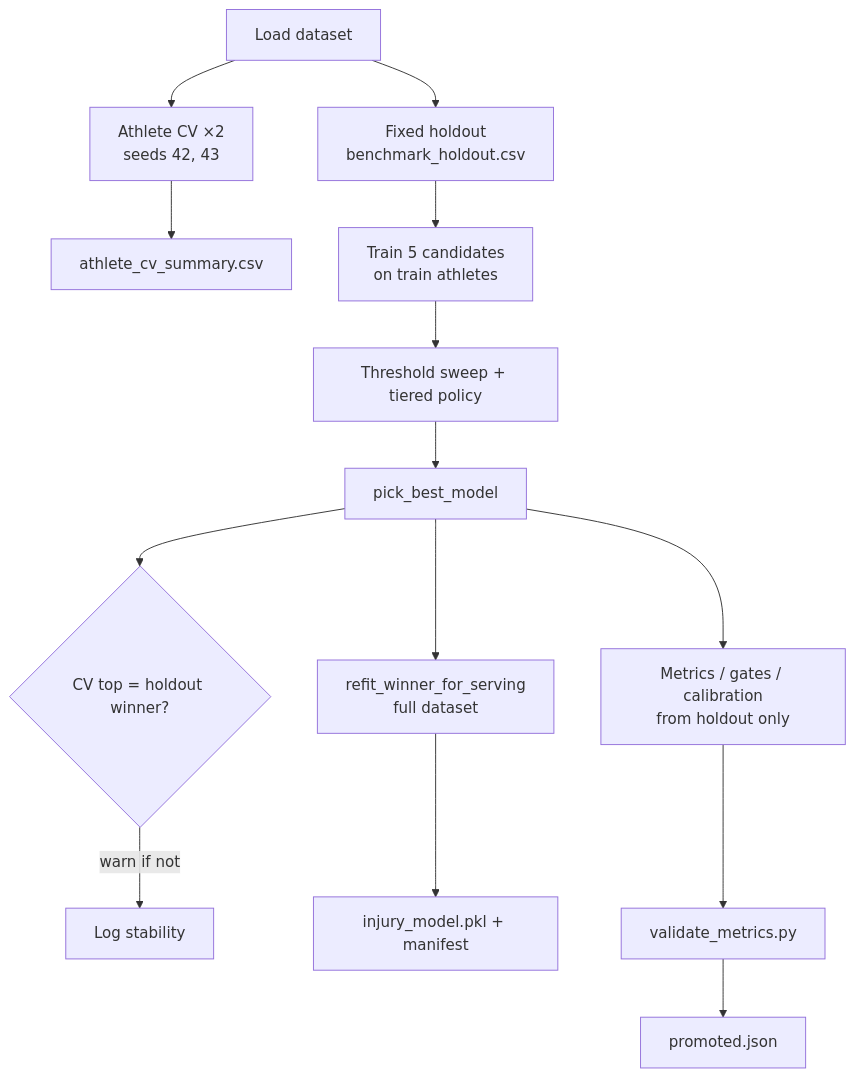
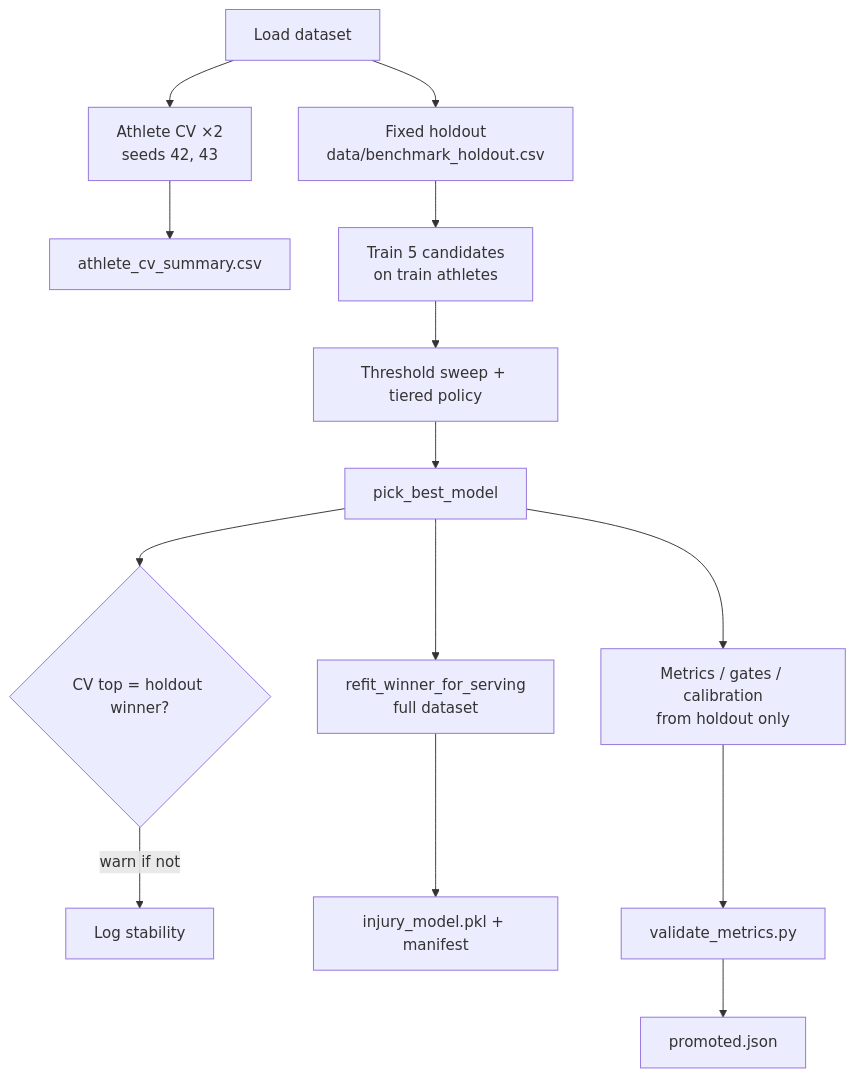
The diagram in docs/MODEL_SELECTION.md (yahav97/final_project_AthleAgent), drawn with Mermaid before and after one commit. The commit also changed other lines of this file and 21 other files, not shown here.

````diff
--- a/docs/MODEL_SELECTION.md
+++ b/docs/MODEL_SELECTION.md
@@ -8,16 +8,16 @@
 ```mermaid
 flowchart TD
     A[Load dataset] --> B["Athlete CV ×2<br/>seeds 42, 43"]
     B --> C[athlete_cv_summary.csv]
-    A --> D["Fixed holdout<br/>benchmark_holdout.csv"]
+    A --> D["Fixed holdout<br/>data/benchmark_holdout.csv"]
     D --> E["Train 5 candidates<br/>on train athletes"]
     E --> F[Threshold sweep + tiered policy]
     F --> G[pick_best_model]
     G --> H{CV top = holdout winner?}
     H -->|warn if not| I[Log stability]
     G --> J[refit_winner_for_serving<br/>full dataset]
     J --> K[injury_model.pkl + manifest]
     G --> L[Metrics / gates / calibration<br/>from holdout only]
     L --> M[validate_metrics.py]
     M --> N[promoted.json]
 ```
````
